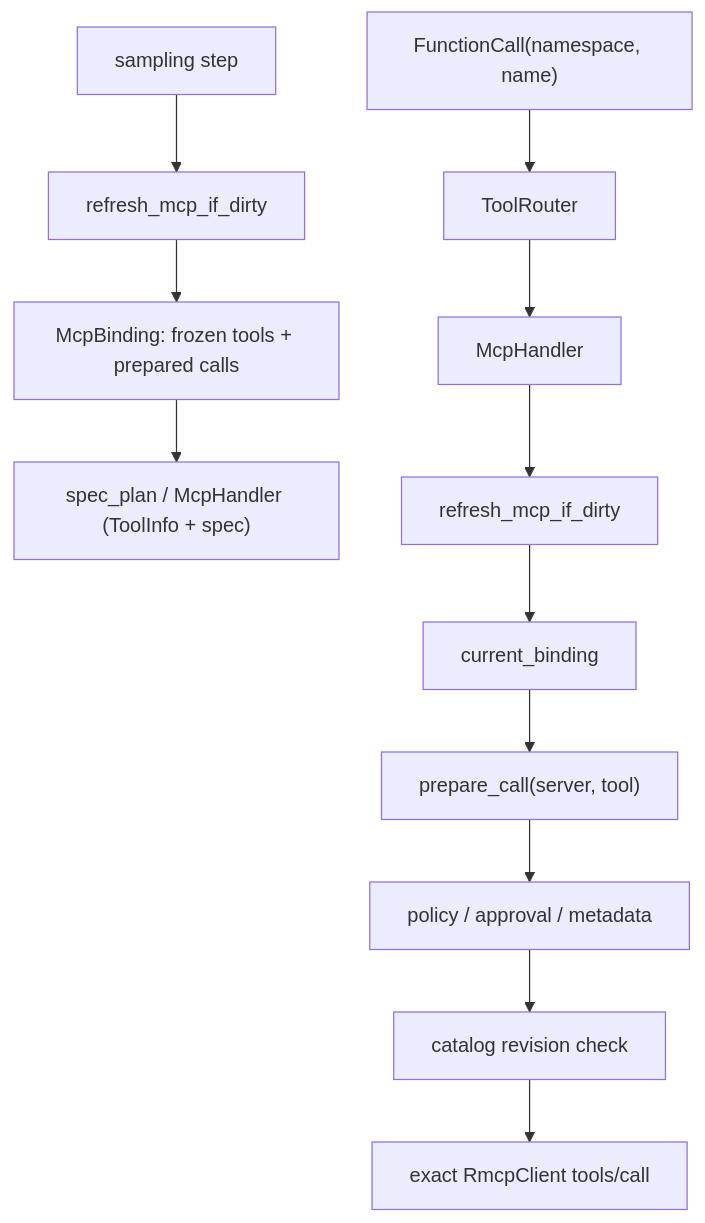
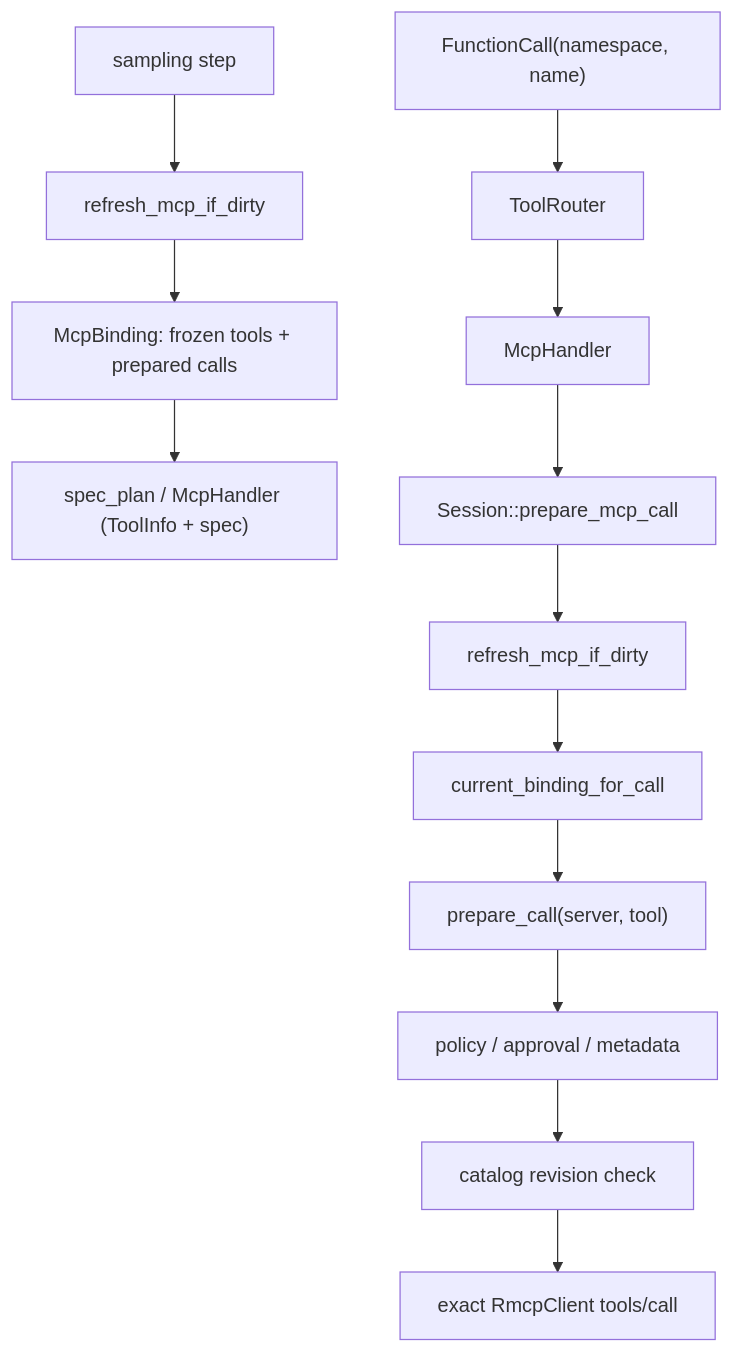
One commit to wdnmdtonyma/SOTA-Agent-LLM-Wiki changed the diagram in docs/llm-wiki/codex/spine/trace-mcp-call.md. Above: the diagram before and after it, drawn with Mermaid. The commit also changed other lines of this file and 197 other files, not shown here.

````diff
--- a/docs/llm-wiki/codex/spine/trace-mcp-call.md
+++ b/docs/llm-wiki/codex/spine/trace-mcp-call.md
@@ -18,14 +18,15 @@
 ```mermaid
 flowchart TD
     STEP["sampling step"] --> REFRESH["refresh_mcp_if_dirty"]
     REFRESH --> BINDING["McpBinding: frozen tools + prepared calls"]
     BINDING --> PLAN["spec_plan / McpHandler (ToolInfo + spec)"]
     MODEL["FunctionCall(namespace, name)"] --> ROUTER["ToolRouter"]
     ROUTER --> HANDLER["McpHandler"]
-    HANDLER --> REFRESH2["refresh_mcp_if_dirty"]
-    REFRESH2 --> CURRENT["current_binding"]
+    HANDLER --> PREP["Session::prepare_mcp_call"]
+    PREP --> REFRESH2["refresh_mcp_if_dirty"]
+    REFRESH2 --> CURRENT["current_binding_for_call"]
     CURRENT --> PREPARED["prepare_call(server, tool)"]
     PREPARED --> APPROVAL["policy / approval / metadata"]
     APPROVAL --> REVISION["catalog revision check"]
     REVISION --> RMCP["exact RmcpClient tools/call"]
 ```
````
